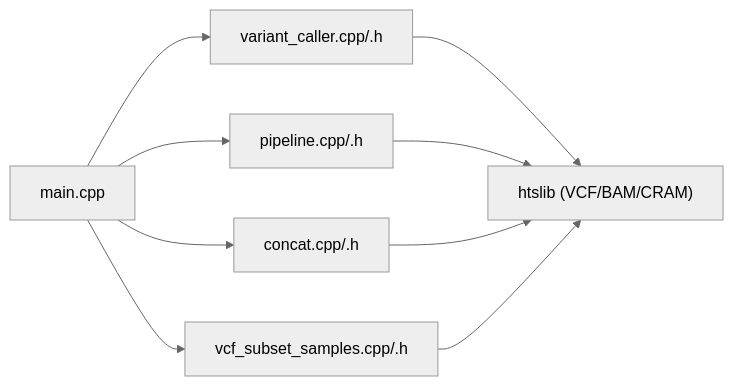
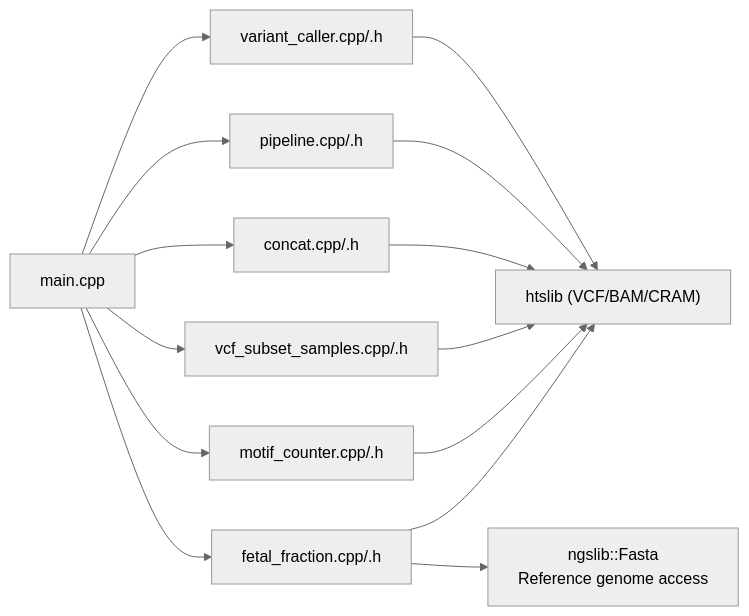
Before and after one commit to ShujiaHuang/BaseVar2: the third of 3 diagrams in .qoder/repowiki/en/content/Command-Line Interface Reference/Command-Line Interface Reference.md, drawn with Mermaid (neutral theme). The commit also changed other lines of this file and 3 other files, not shown here.

````diff
--- a/.qoder/repowiki/en/content/Command-Line Interface Reference/Command-Line Interface Reference.md
+++ b/.qoder/repowiki/en/content/Command-Line Interface Reference/Command-Line Interface Reference.md
@@ -309,11 +491,16 @@
 ```mermaid
 graph LR
 A["main.cpp"] --> B["variant_caller.cpp/.h"]
 A --> P["pipeline.cpp/.h"]
 A --> C["concat.cpp/.h"]
 A --> D["vcf_subset_samples.cpp/.h"]
+A --> M["motif_counter.cpp/.h"]
+A --> F["fetal_fraction.cpp/.h"]
 B --> E["htslib (VCF/BAM/CRAM)"]
 P --> E
 C --> E
 D --> E
+M --> E
+F --> E
+F --> G["ngslib::Fasta<br/>Reference genome access"]
 ```
````
